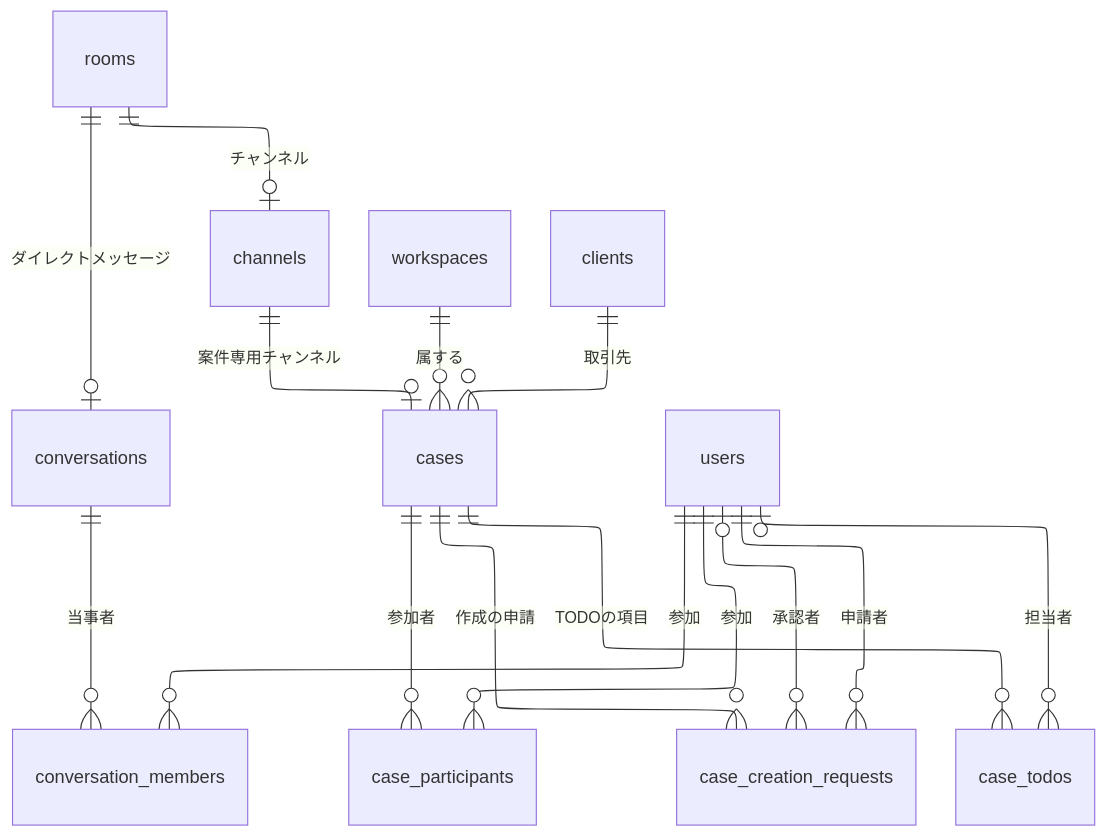
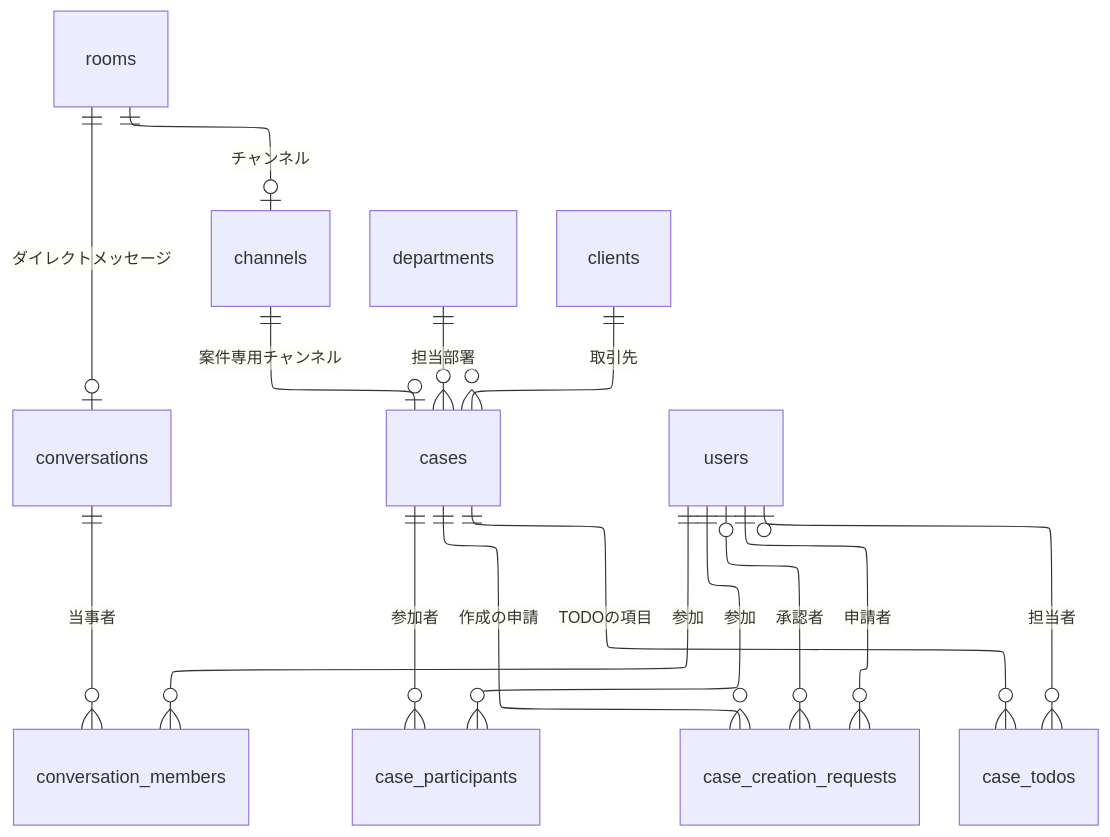
One commit to yamamotonaoki3/internal-system changed the third of 8 diagrams in docs/requirements/data-model.md. Above: the diagram before and after it, drawn with Mermaid. The commit also changed other lines of this file and 18 other files, not shown here.

````diff
--- a/docs/requirements/data-model.md
+++ b/docs/requirements/data-model.md
@@ -82,21 +87,21 @@
 ```mermaid
 ---
 config:
   layout: elk
 ---
 erDiagram
     rooms ||--o| channels : "チャンネル"
     rooms ||--o| conversations : "ダイレクトメッセージ"
     channels ||--o| cases : "案件専用チャンネル"
     conversations ||--o{ conversation_members : "当事者"
     users ||--o{ conversation_members : "参加"
     cases ||--o{ case_participants : "参加者"
     users ||--o{ case_participants : "参加"
-    workspaces ||--o{ cases : "属する"
+    departments ||--o{ cases : "担当部署"
     clients ||--o{ cases : "取引先"
     cases ||--o{ case_creation_requests : "作成の申請"
     users ||--o{ case_creation_requests : "申請者"
     users |o--o{ case_creation_requests : "承認者"
     cases ||--o{ case_todos : "TODOの項目"
     users |o--o{ case_todos : "担当者"
 ```
````
